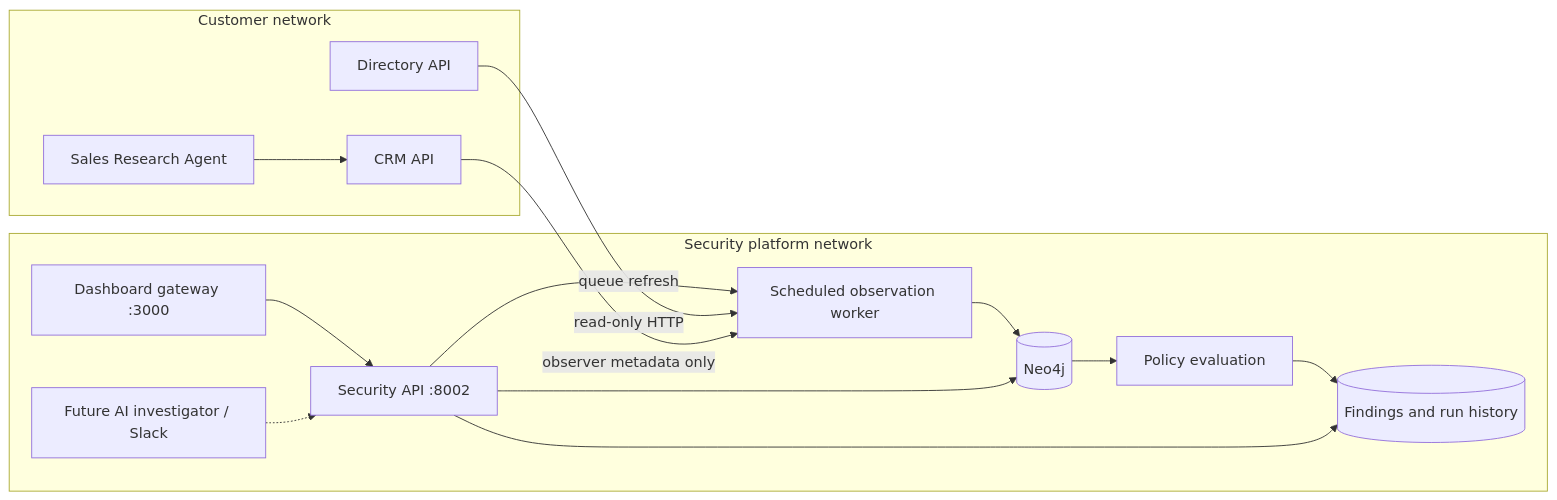
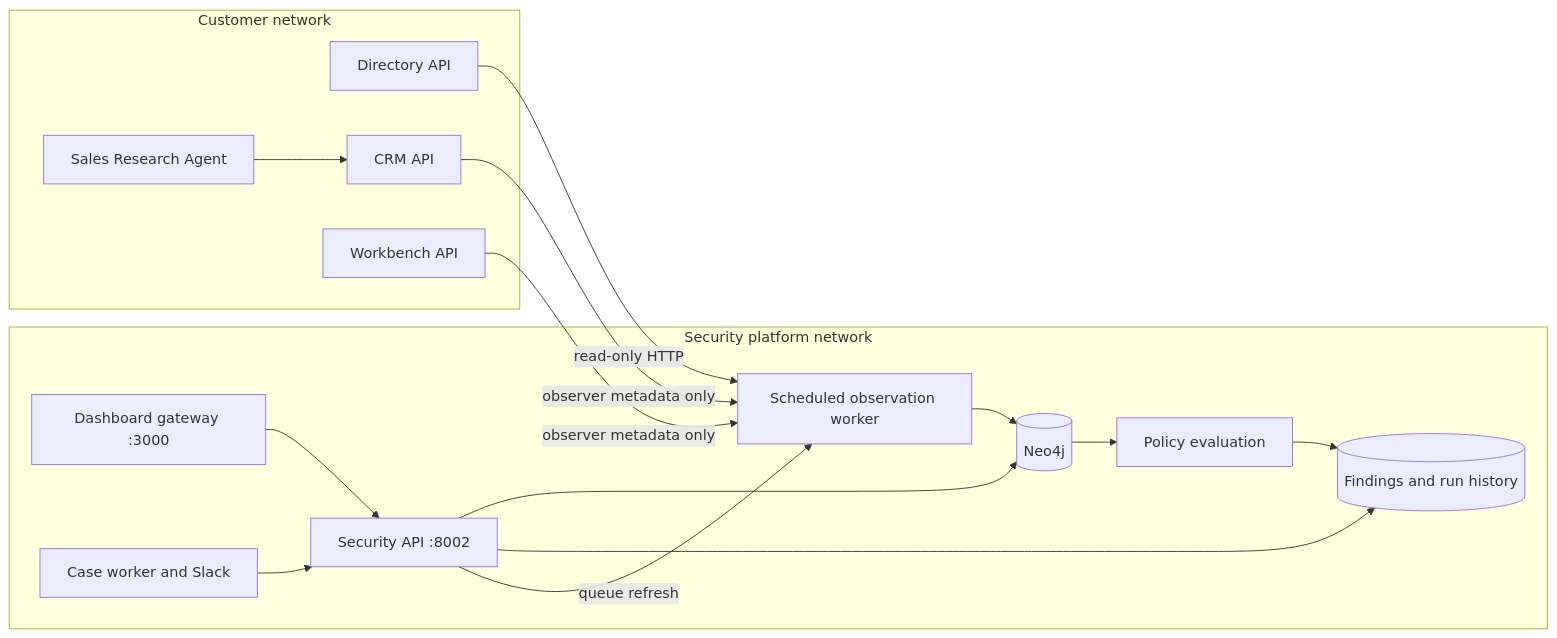
Before and after one commit to singhdhruv2201/autonomous-security-system: the diagram in docs/backend.md, drawn with Mermaid. The commit also changed other lines of this file and 22 other files, not shown here.

````diff
--- a/docs/backend.md
+++ b/docs/backend.md
@@ -8,20 +11,22 @@
 ```mermaid
 flowchart LR
     subgraph Customer[Customer network]
         Directory[Directory API]
         CRM[CRM API]
+        Workbench[Workbench API]
         Agent[Sales Research Agent] --> CRM
     end
     subgraph Platform[Security platform network]
         Worker[Scheduled observation worker] --> Graph[(Neo4j)]
         Graph --> Rule[Policy evaluation]
         Rule --> State[(Findings and run history)]
         API[Security API :8002] --> Graph
         API --> State
         API -->|queue refresh| Worker
         Dashboard[Dashboard gateway :3000] --> API
-        Client[Future AI investigator / Slack] -.-> API
+        Client[Case worker and Slack] --> API
     end
     Directory -->|read-only HTTP| Worker
     CRM -->|observer metadata only| Worker
+    Workbench -->|observer metadata only| Worker
 ```
````
